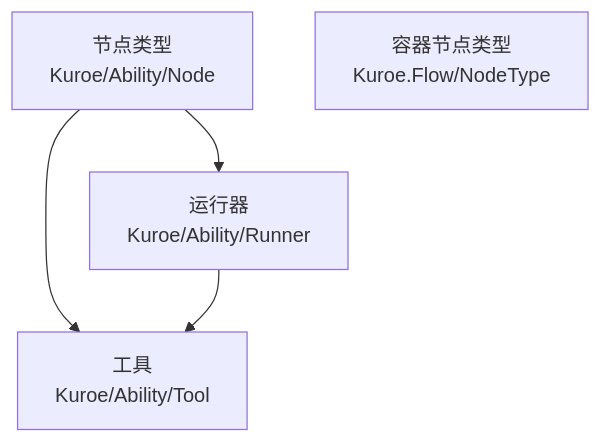
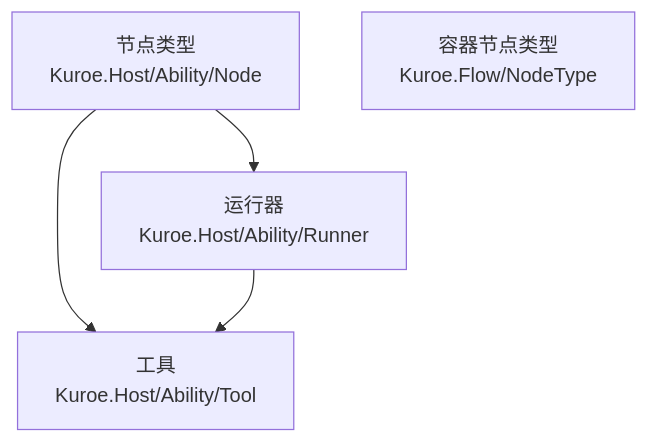
The diagram in docs/dev/architecture/functional-boundary/ability/index.md (DrMelt/Kuroe), drawn with Mermaid before and after one commit. The commit also changed other lines of this file and 1065 other files, not shown here.

Commit message:
宿主目录 Kuroe 改名为 Kuroe.Host

````diff
--- a/docs/dev/architecture/functional-boundary/ability/index.md
+++ b/docs/dev/architecture/functional-boundary/ability/index.md
@@ -5,10 +5,10 @@
 ```mermaid
 flowchart TD
-    NodeTypes["节点类型<br>Kuroe/Ability/Node"]
-    Runners["运行器<br>Kuroe/Ability/Runner"]
-    ToolDomain["工具<br>Kuroe/Ability/Tool"]
+    NodeTypes["节点类型<br>Kuroe.Host/Ability/Node"]
+    Runners["运行器<br>Kuroe.Host/Ability/Runner"]
+    ToolDomain["工具<br>Kuroe.Host/Ability/Tool"]
     Container["容器节点类型<br>Kuroe.Flow/NodeType"]
     NodeTypes --> Runners
     NodeTypes --> ToolDomain
     Runners --> ToolDomain
 ```
````
